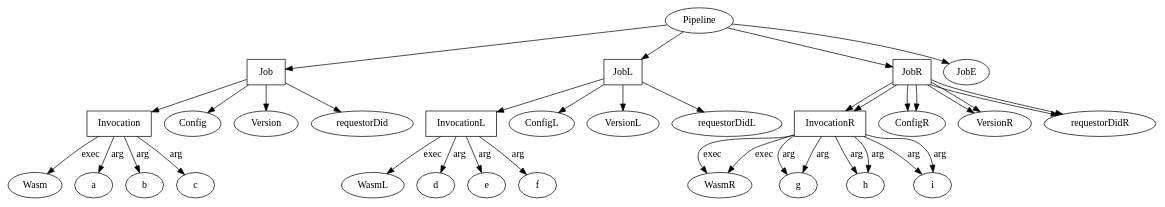
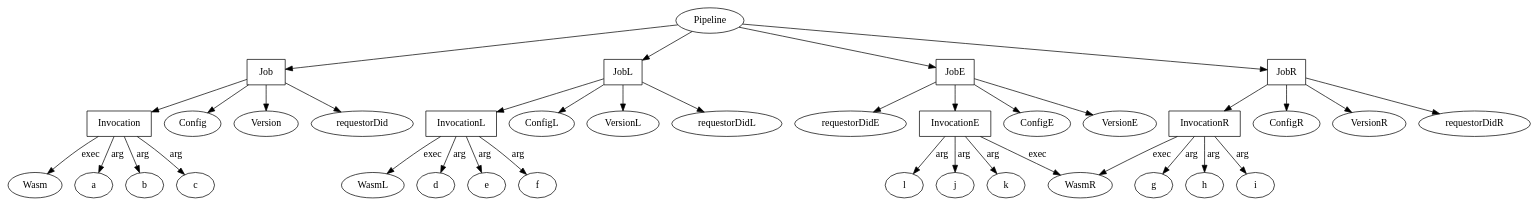
One commit to ipvm-wg/spec changed the diagram in job/job.dot. Above: the diagram before and after it, drawn with Graphviz. The commit also changed 3 other files, not shown here.

```diff
--- a/job/job.dot
+++ b/job/job.dot
@@ -1,39 +1,39 @@
 digraph G {
     Pipeline -> {Job, JobL, JobR, JobE}
 
     //
 
     Job [shape = box]
     Job -> {Invocation, Config, Version, requestorDid}
 
     Invocation [shape = box]
     Invocation -> Wasm [label = "exec"]
     Invocation -> {a, b, c} [label = "arg"]
 
     //
 
     JobL [shape = box]
     JobL -> {InvocationL, ConfigL, VersionL, requestorDidL}
 
     InvocationL [shape = box]
     InvocationL -> WasmL [label = "exec"]
     InvocationL -> {d, e, f} [label = "arg"]
 
     //
 
     JobR [shape = box]
     JobR -> {InvocationR, ConfigR, VersionR, requestorDidR}
 
     InvocationR [shape = box]
     InvocationR -> WasmR [label = "exec"]
     InvocationR -> {g, h, i} [label = "arg"]
 
     //
 
-    JobR [shape = box]
-    JobR -> {InvocationR, ConfigR, VersionR, requestorDidR}
+    JobE [shape = box]
+    JobE -> {InvocationE, ConfigE, VersionE, requestorDidE}
 
-    InvocationR [shape = box]
-    InvocationR -> WasmR [label = "exec"]
-    InvocationR -> {g, h, i} [label = "arg"]
+    InvocationE [shape = box]
+    InvocationE -> WasmR [label = "exec"]
+    InvocationE -> {j, k, l} [label = "arg"]
 }
```
